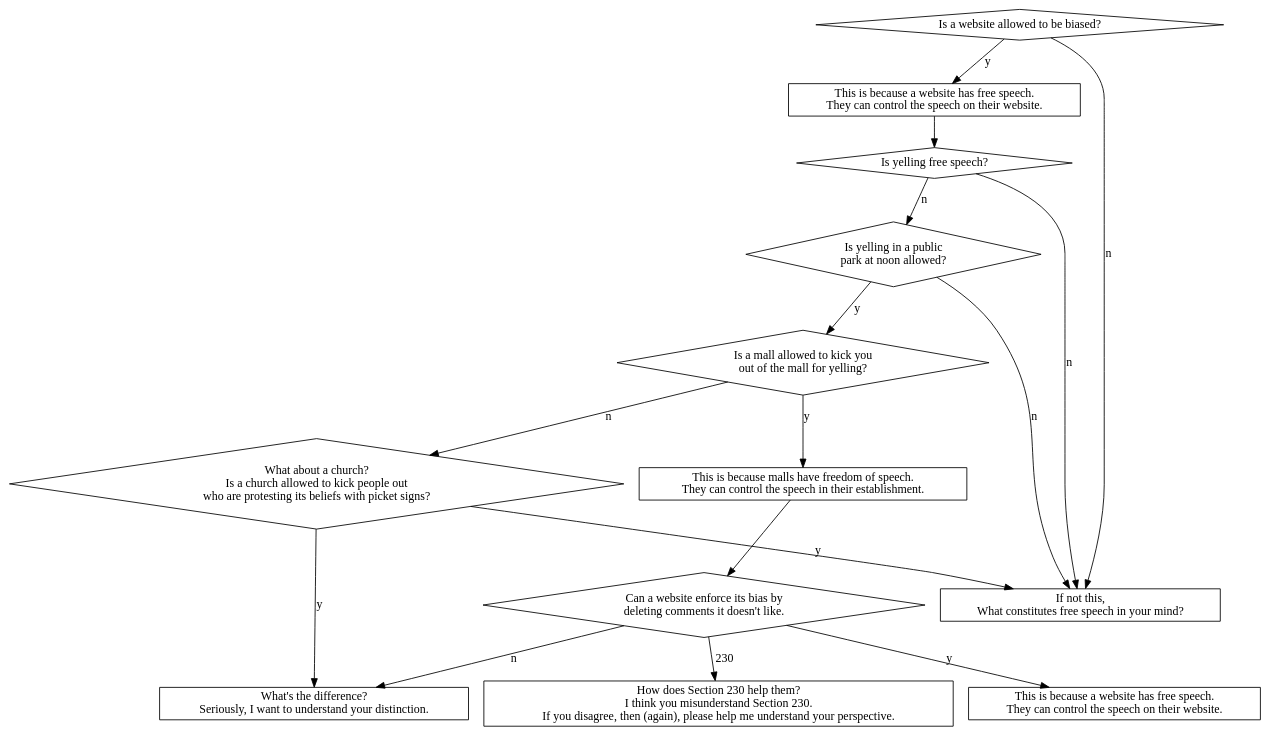
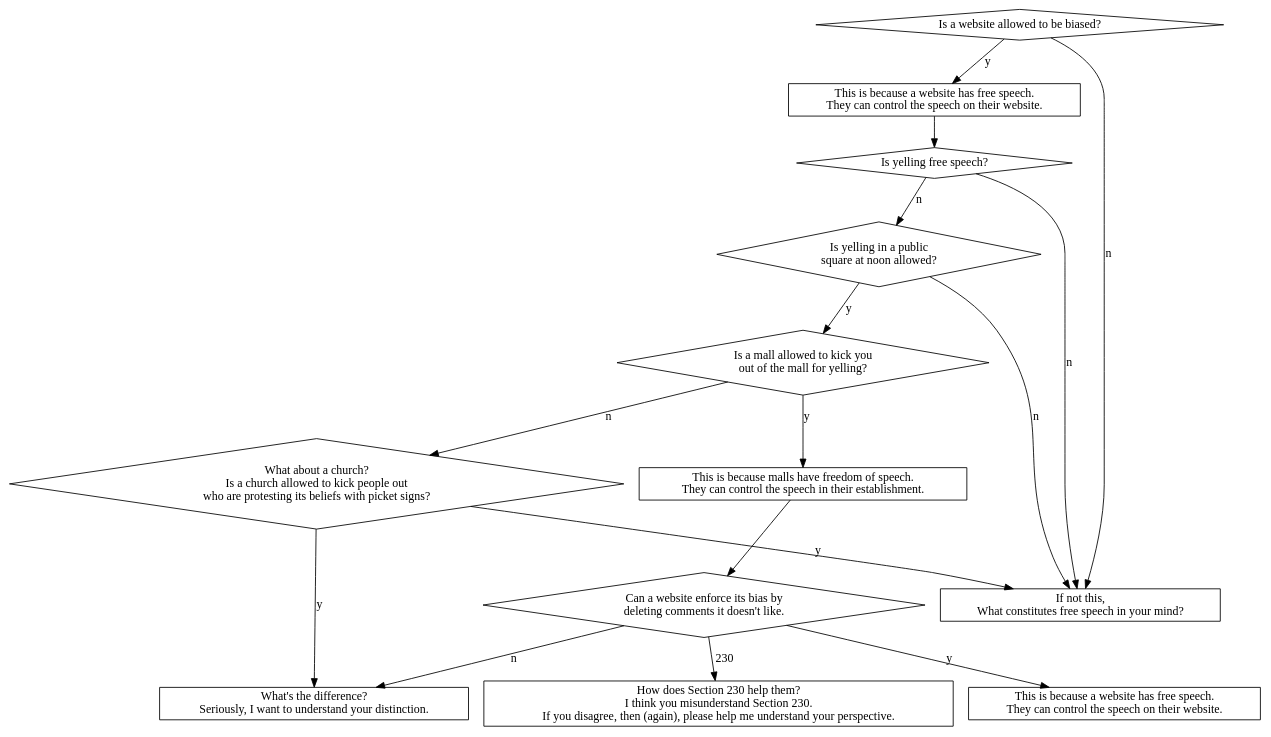
The diagram in speech.dot (mckaysalisbury/politics), drawn with Graphviz before and after one commit.

Commit message:
public square

```diff
--- a/speech.dot
+++ b/speech.dot
@@ -1,37 +1,37 @@
 digraph speech {
   node [shape=diamond]
   websiteBias [label="Is a website allowed to be biased?"]
   websiteBias -> websiteSpeech1 [label="y"]
   websiteSpeech1,websiteSpeech2 [label="This is because a website has free speech.\nThey can control the speech on their website." shape="rectangle"]
   websiteSpeech1 -> yell
   yell [label="Is yelling free speech?"]
-  yell -> park [label="n"]
-  park [label="Is yelling in a public\npark at noon allowed?"]
-  park -> mall [label="y"]
+  yell -> square [label="n"]
+  square [label="Is yelling in a public\nsquare at noon allowed?"]
+  square -> mall [label="y"]
   mall [label="Is a mall allowed to kick you\nout of the mall for yelling?"]
   mall -> mallSpeech [label="y"]
   mallSpeech [label="This is because malls have freedom of speech.\nThey can control the speech in their establishment." shape=rectangle]
   mallSpeech -> websiteEnforce
 
   websiteEnforce [label="Can a website enforce its bias by\ndeleting comments it doesn't like."]
   websiteEnforce -> websiteSpeech2 [label="y"]
   websiteEnforce -> difference [label="n"]
 
 
   mall -> church [label="n"]
   church [label="What about a church?\nIs a church allowed to kick people out\nwho are protesting its beliefs with picket signs?"]
   church -> difference [label="y"]
   church -> whatIsFreeSpeech [label="y"]
   difference [label="What's the difference?\nSeriously, I want to understand your distinction." shape="rectangle" href="https://blog.mckaysalisbury.com/"]
 
-  websiteBias, yell, park -> whatIsFreeSpeech [label="n"]
+  websiteBias, yell, square -> whatIsFreeSpeech [label="n"]
   whatIsFreeSpeech [label="If not this,\nWhat constitutes free speech in your mind?" shape=rectangle]
   
   websiteEnforce -> 230 [label="230"]
   230 [label="How does Section 230 help them?\nI think you misunderstand Section 230.\nIf you disagree, then (again), please help me understand your perspective." shape=rectangle href="https://www.techdirt.com/articles/20200531/23325444617/hello-youve-been-referred-here-because-youre-wrong-about-section-230-communications-decency-act.shtml"]
 
 
 
   # home [label="Am I able to control the content that enters my home?"]
 
 }
```
